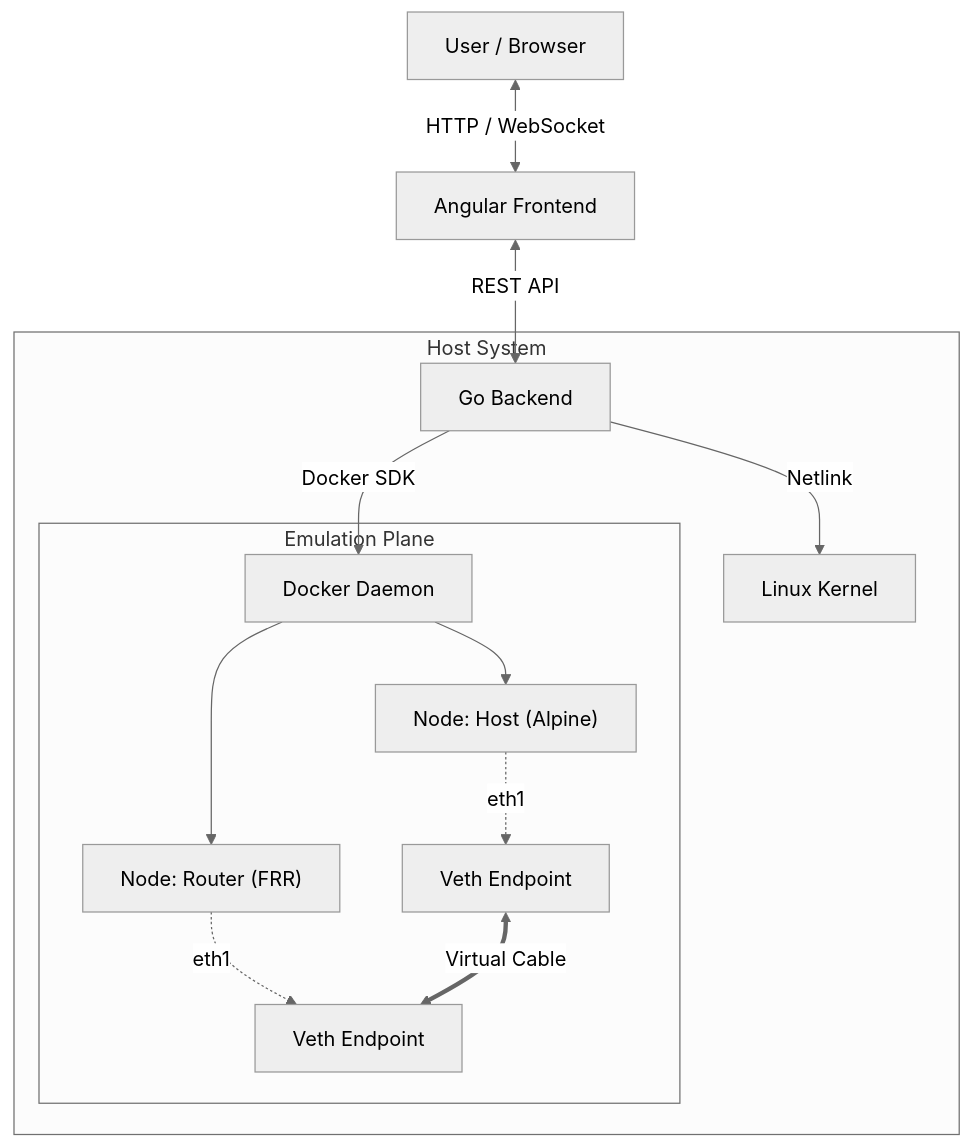
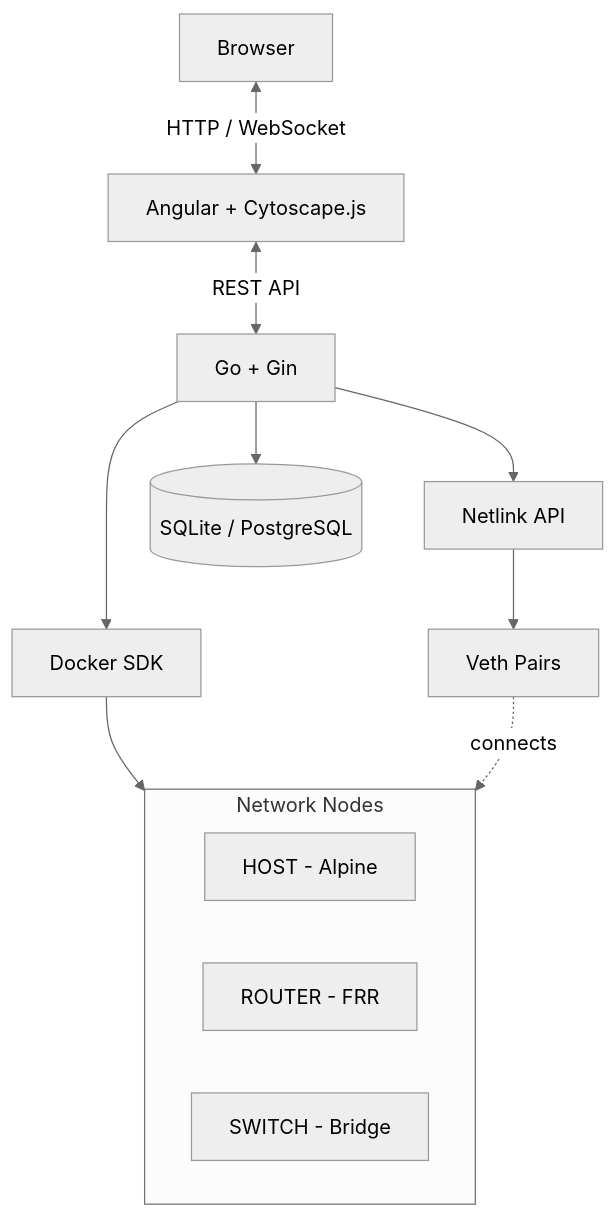
Before and after one commit to RArielVillalobos/open-veth: the diagram in README.md, drawn with Mermaid (neutral theme). The commit also changed other lines of this file and 13 other files, not shown here.

Commit message:
refactor: improve backend architecture and code organization (#14)

````diff
--- a/README.md
+++ b/README.md
@@ -34,20 +91,20 @@
 ```mermaid
 graph TD
-    User[User / Browser] <-->|HTTP / WebSocket| UI[Angular Frontend]
-    UI <-->|REST API| API[Go Backend]
-    
-    subgraph Host System
-        API -->|Docker SDK| Docker[Docker Daemon]
-        API -->|Netlink| Kernel[Linux Kernel]
-        
-        subgraph "Emulation Plane"
-            Docker --> NodeA["Node: Host (Alpine)"]
-            Docker --> NodeB["Node: Router (FRR)"]
-            
-            NodeA -.->|eth1| VethA[Veth Endpoint]
-            NodeB -.->|eth1| VethB[Veth Endpoint]
-            
-            VethA <==>|Virtual Cable| VethB
-        end
+    Browser[Browser] <-->|HTTP / WebSocket| Frontend[Angular + Cytoscape.js]
+    Frontend <-->|REST API| Backend[Go + Gin]
+
+    Backend --> Docker[Docker SDK]
+    Backend --> Netlink[Netlink API]
+    Backend --> DB[(SQLite / PostgreSQL)]
+
+    Docker --> Containers
+    Netlink --> Veth[Veth Pairs]
+
+    subgraph Containers [Network Nodes]
+        H[HOST - Alpine]
+        R[ROUTER - FRR]
+        S[SWITCH - Bridge]
     end
+
+    Veth -.->|connects| Containers
 ```
````
